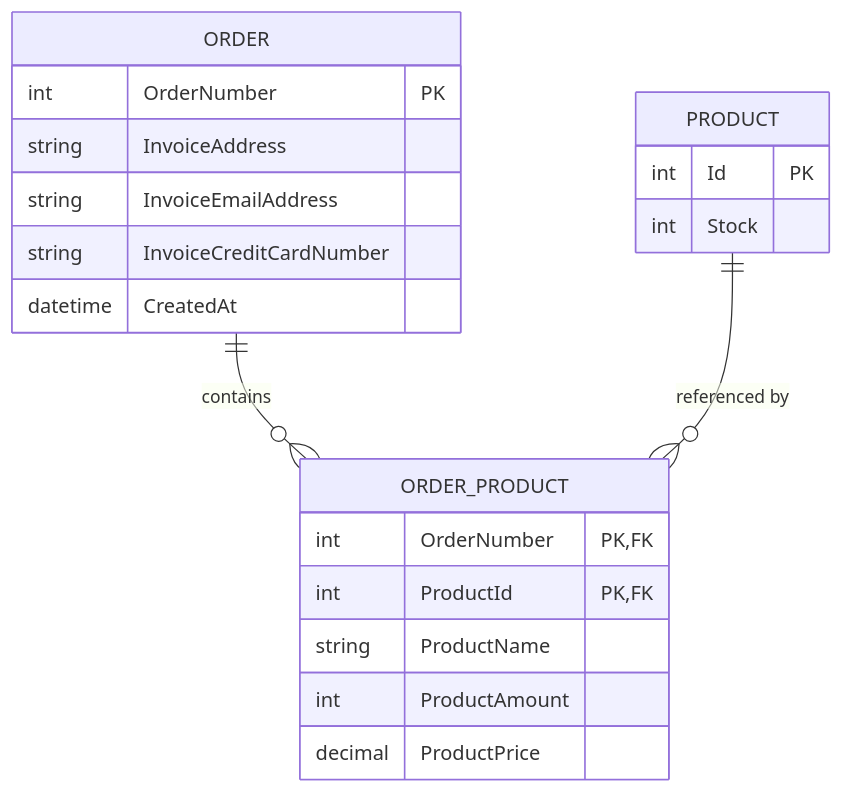
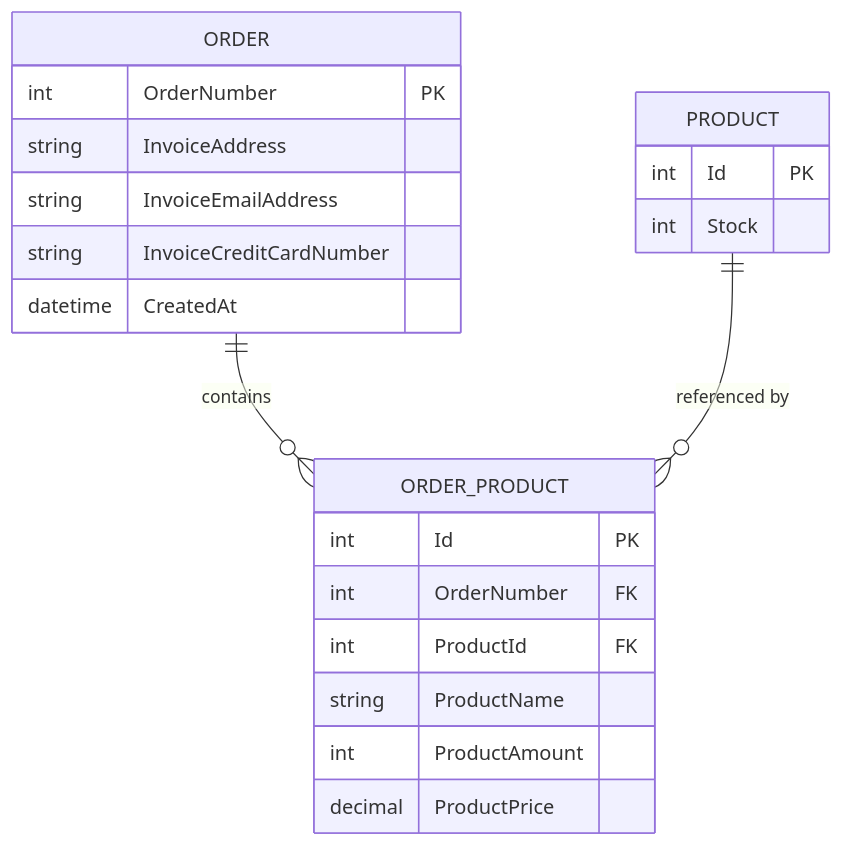
Before and after one commit to YakudzaBY/Company.Ordering: the third of 3 diagrams in README.md, drawn with Mermaid.

Commit message:
Add OrderProduct.Id to ER diagram

````diff
--- a/README.md
+++ b/README.md
@@ -62,23 +62,24 @@
 ```mermaid
 erDiagram
     ORDER {
         int OrderNumber PK
         string InvoiceAddress
         string InvoiceEmailAddress
         string InvoiceCreditCardNumber
         datetime CreatedAt
     }
     ORDER_PRODUCT {
-        int OrderNumber PK, FK
-        int ProductId PK, FK
+        int Id PK
+        int OrderNumber FK
+        int ProductId FK
         string ProductName
         int ProductAmount
         decimal ProductPrice
     }
     PRODUCT {
         int Id PK
         int Stock
     }
     ORDER ||--o{ ORDER_PRODUCT : contains
     PRODUCT ||--o{ ORDER_PRODUCT : "referenced by"
 ```
````
